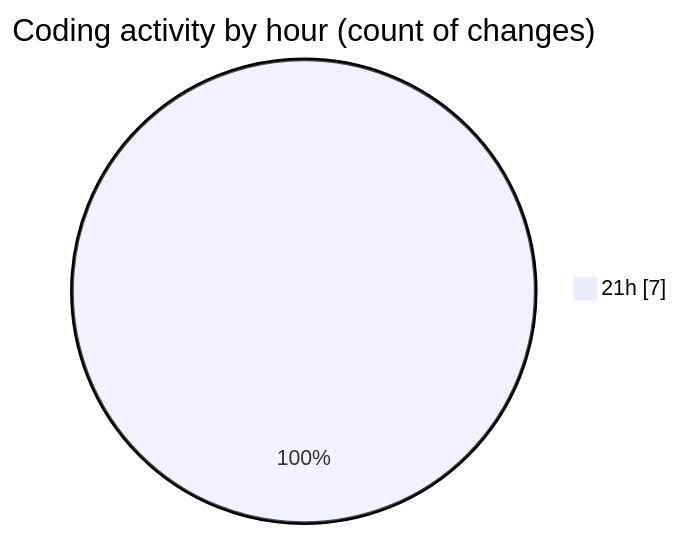
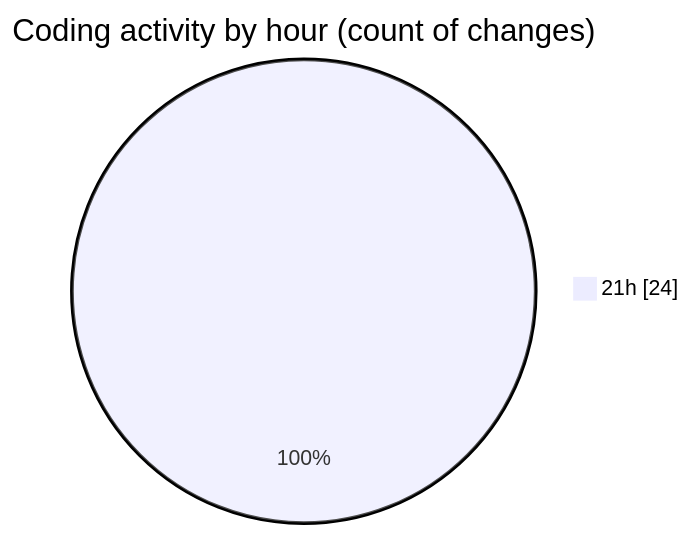
The second of 2 diagrams in 2025-02-08/runner/README.md (charlie-sans/code-tracking), drawn with Mermaid before and after one commit. The commit also changed other lines of this file and 1 other file, not shown here.

````diff
--- a/2025-02-08/runner/README.md
+++ b/2025-02-08/runner/README.md
@@ -30,5 +32,5 @@
 ```mermaid
 pie showData
 title Coding activity by hour (count of changes)
-"21h" : 7
+"21h" : 24
 ```
````
